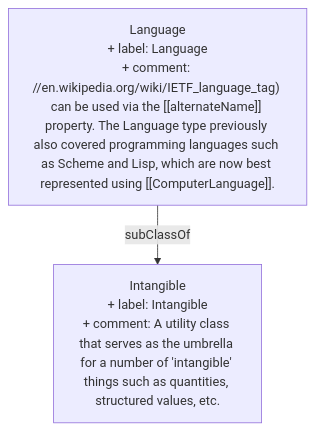
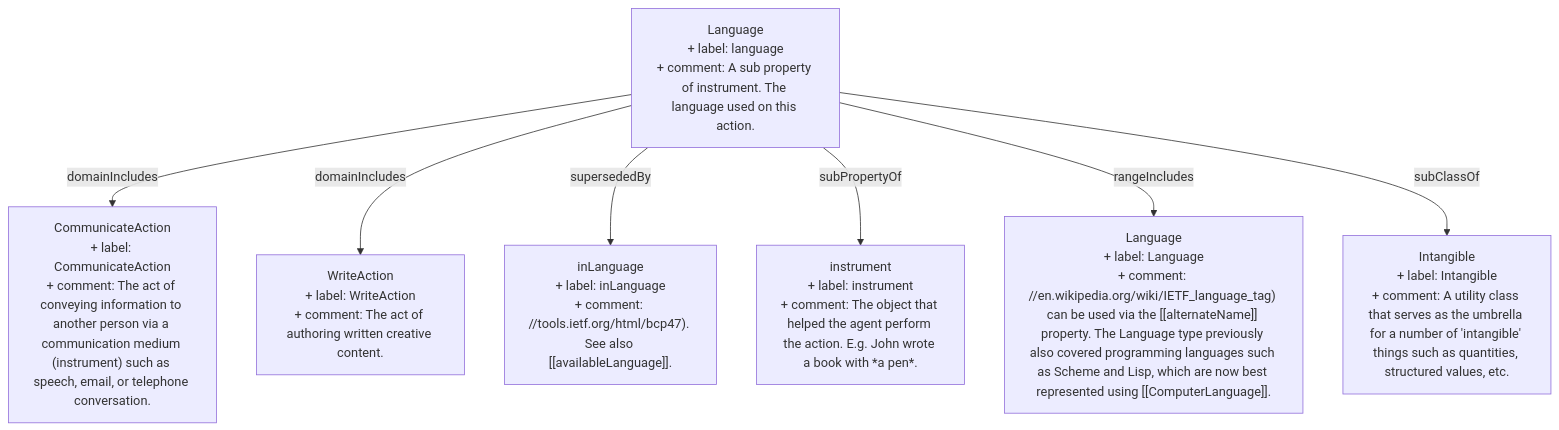
One commit to heidingaway/heidi2 changed the diagram in content/schema/Language.md. Above: the diagram before and after it, drawn with Mermaid. The commit also changed other lines of this file and 318 other files, not shown here.

````diff
--- a/content/schema/Language.md
+++ b/content/schema/Language.md
@@ -23,6 +28,16 @@
 ```mermaid
 graph TD
-  Language["Language<br>+ label: Language<br>+ comment: //en.wikipedia.org/wiki/IETF_language_tag) can be used via the [[alternateName]] property. The Language type previously also covered programming languages such as Scheme and Lisp, which are now best represented using [[ComputerLanguage]]."]:::current-page-node
+  Language["Language<br>+ label: language<br>+ comment: A sub property of instrument. The language used on this action."]:::current-page-node
+  instrument["instrument<br>+ label: instrument<br>+ comment: The object that helped the agent perform the action. E.g. John wrote a book with *a pen*."]
+  CommunicateAction["CommunicateAction<br>+ label: CommunicateAction<br>+ comment: The act of conveying information to another person via a communication medium (instrument) such as speech, email, or telephone conversation."]
+  WriteAction["WriteAction<br>+ label: WriteAction<br>+ comment: The act of authoring written creative content."]
+  Language_1["Language<br>+ label: Language<br>+ comment: //en.wikipedia.org/wiki/IETF_language_tag) can be used via the [[alternateName]] property. The Language type previously also covered programming languages such as Scheme and Lisp, which are now best represented using [[ComputerLanguage]]."]
+  inLanguage["inLanguage<br>+ label: inLanguage<br>+ comment: //tools.ietf.org/html/bcp47). See also [[availableLanguage]]."]
   Intangible["Intangible<br>+ label: Intangible<br>+ comment: A utility class that serves as the umbrella for a number of 'intangible' things such as quantities, structured values, etc."]
+  Language-->|" domainIncludes "|CommunicateAction
+  Language-->|" domainIncludes "|WriteAction
+  Language-->|" supersededBy "|inLanguage
+  Language-->|" subPropertyOf "|instrument
+  Language-->|" rangeIncludes "|Language_1
   Language-->|" subClassOf "|Intangible
 ```
````
